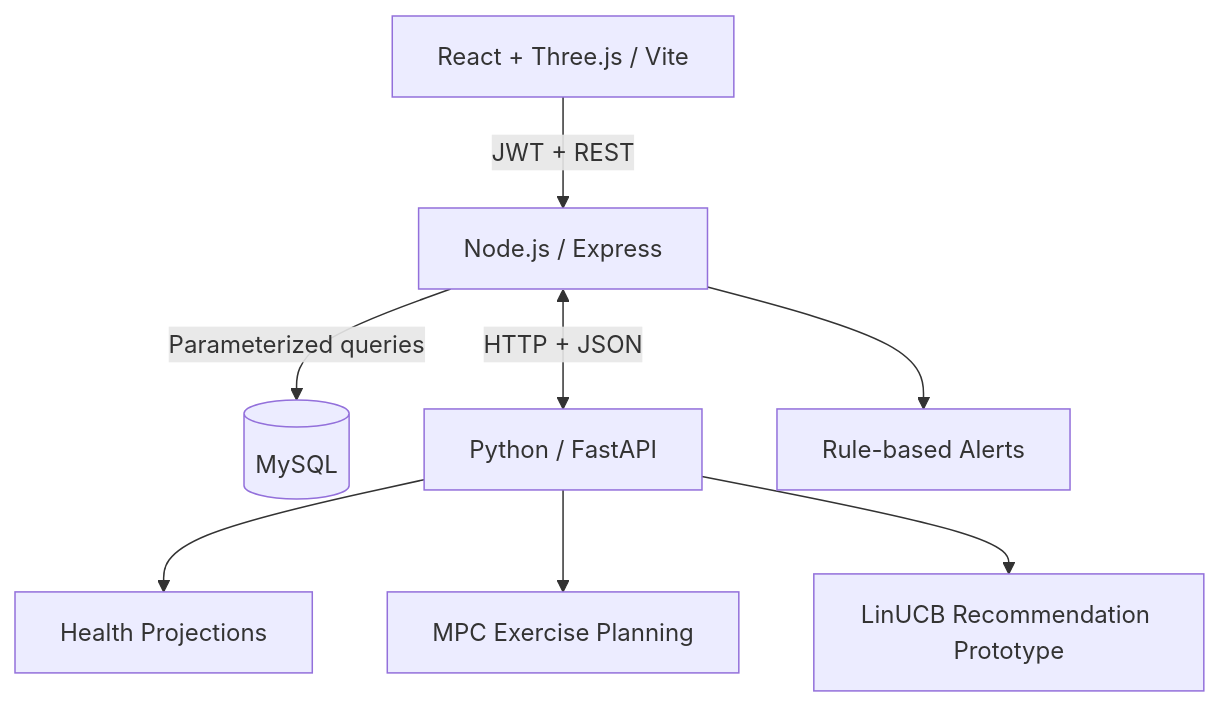
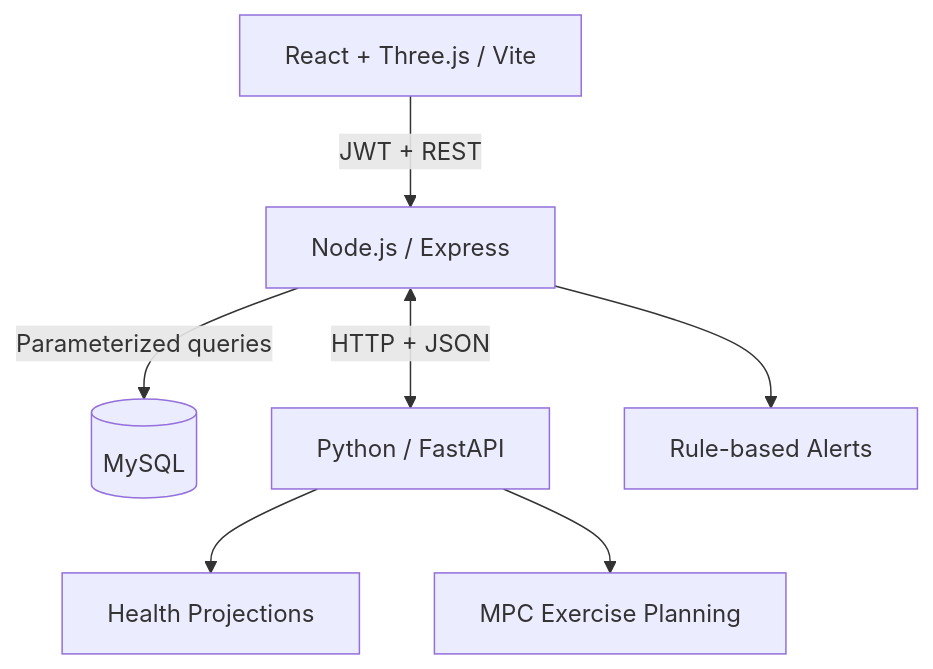
Before and after one commit to pr0mak/OlympusHealth: the diagram in README.md, drawn with Mermaid. The commit also changed other lines of this file, not shown here.

````diff
--- a/README.md
+++ b/README.md
@@ -72,10 +69,9 @@
 ```mermaid
 flowchart TB
     UI[React + Three.js / Vite] -->|JWT + REST| API[Node.js / Express]
     API -->|Parameterized queries| DB[(MySQL)]
     API <-->|HTTP + JSON| PY[Python / FastAPI]
     API --> AL[Rule-based Alerts]
     PY --> FC[Health Projections]
     PY --> MPC[MPC Exercise Planning]
-    PY --> LB[LinUCB Recommendation Prototype]
 ```
````
